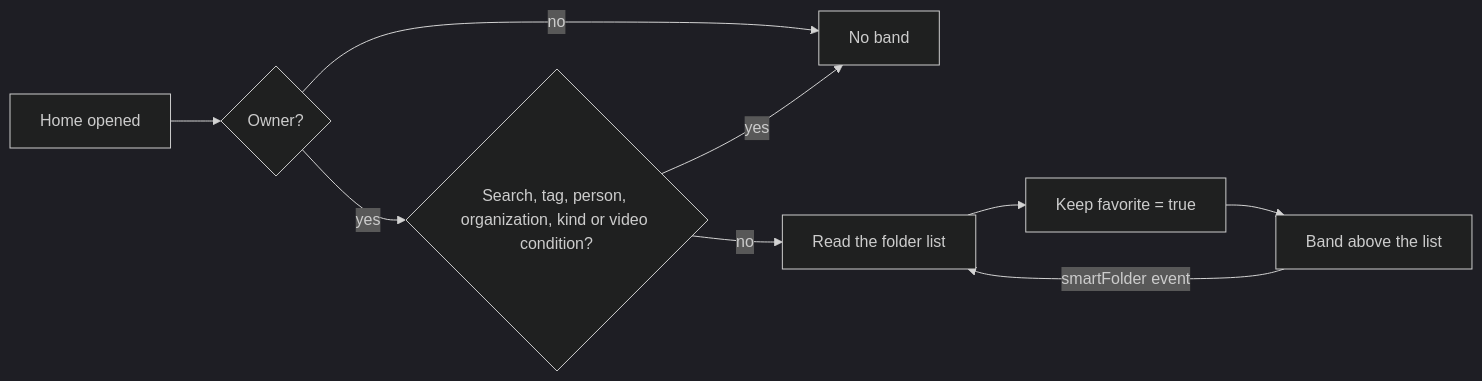
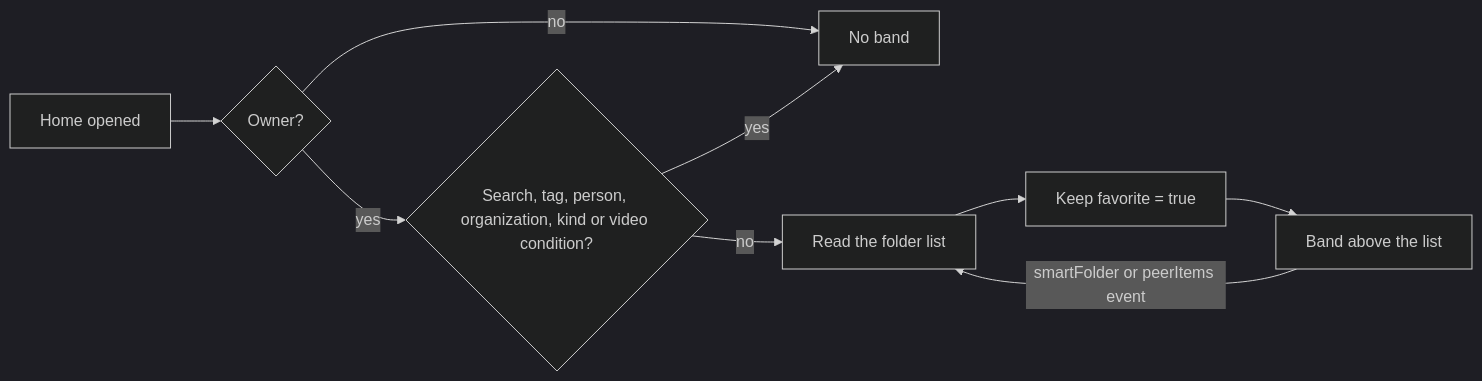
One commit to syudead/vv changed the second of 2 diagrams in specs/073-smart-folder-menu/plan.md. Above: the diagram before and after it, drawn with Mermaid (dark theme). The commit also changed other lines of this file and 1 other file, not shown here.

First line of the commit message:
Refresh the folder band and list on link changes, and keep LibraryItem for older peers in the plan

````diff
--- a/specs/073-smart-folder-menu/plan.md
+++ b/specs/073-smart-folder-menu/plan.md
@@ -87,11 +88,11 @@
 ```mermaid
 flowchart LR
   home[Home opened] --> owner{Owner?}
   owner -->|no| none[No band]
   owner -->|yes| filtered{Search, tag, person, organization, kind or video condition?}
   filtered -->|yes| none
   filtered -->|no| read[Read the folder list]
   read --> keep[Keep favorite = true]
   keep --> band[Band above the list]
-  band -->|smartFolder event| read
+  band -->|smartFolder or peerItems event| read
 ```
````
